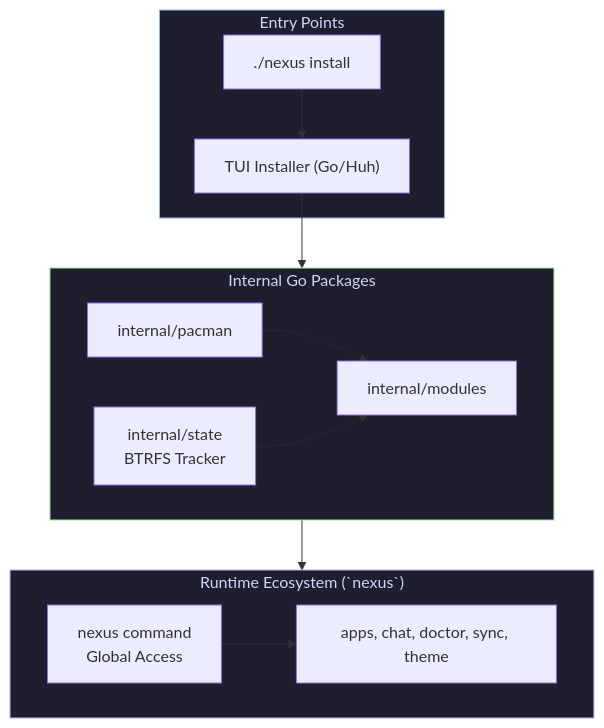
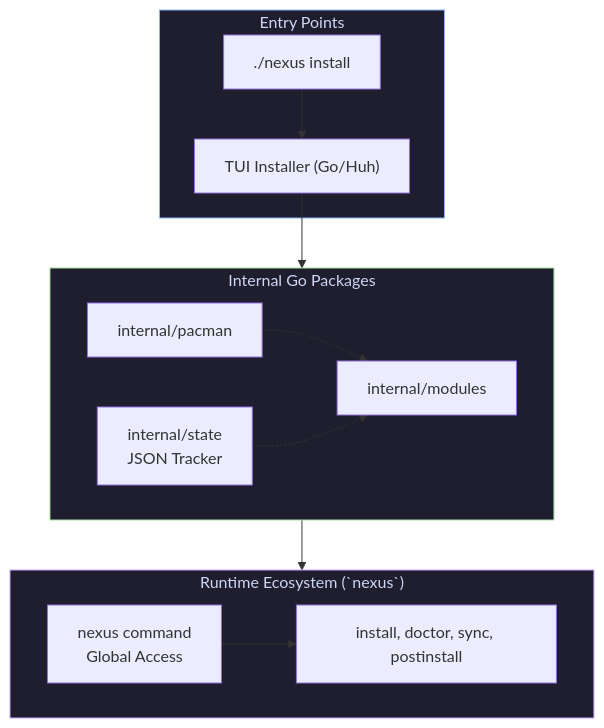
One commit to anantaarthasejahtera/CachyOS-Workstation-Setup changed the diagram in README.md. Above: the diagram before and after it, drawn with Mermaid. The commit also changed other lines of this file and 24 other files, not shown here.

````diff
--- a/README.md
+++ b/README.md
@@ -190,25 +175,25 @@
 ```mermaid
 flowchart TB
     subgraph Entry["Entry Points"]
         SETUP["./nexus install"] --> TUI["TUI Installer (Go/Huh)"]
     end
 
     subgraph Go["Internal Go Packages"]
         direction LR
         PAC["internal/pacman"] -.-> MOD["internal/modules"]
-        STATE["internal/state<br/>BTRFS Tracker"] -.-> MOD
+        STATE["internal/state<br/>JSON Tracker"] -.-> MOD
     end
 
     TUI --> Go
 
     subgraph Runtime["Runtime Ecosystem (`nexus`)"]
         NEXUS["nexus command<br/>Global Access"]
-        NEXUS --> COMMANDS["apps, chat, doctor, sync, theme"]
+        NEXUS --> COMMANDS["install, doctor, sync, postinstall"]
     end
 
     Go --> Runtime
 
     style Entry fill:#1e1e2e,stroke:#89b4fa,color:#cdd6f4
     style Go fill:#1e1e2e,stroke:#a6e3a1,color:#cdd6f4
     style Runtime fill:#1e1e2e,stroke:#cba6f7,color:#cdd6f4
 ```
````
